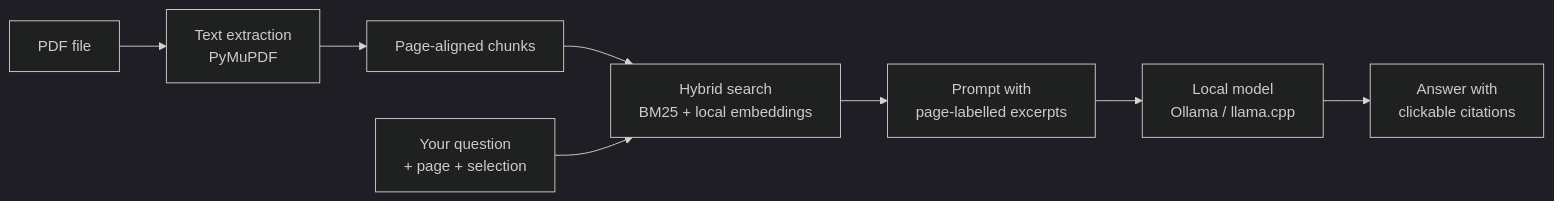
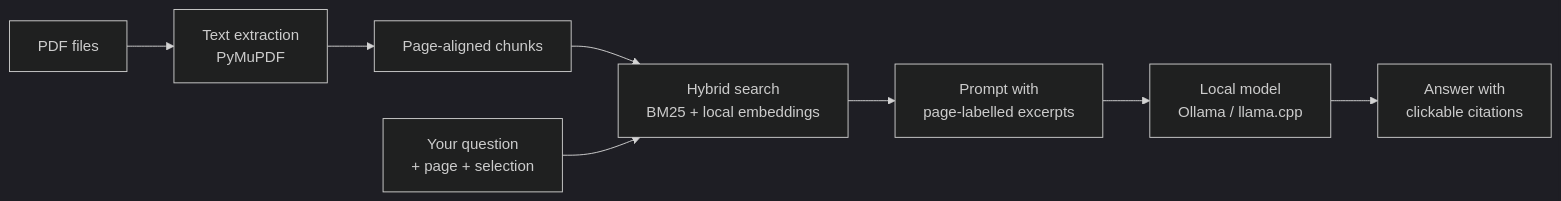
Before and after one commit to ag-piyush/pagelight: the diagram in README.md, drawn with Mermaid (dark theme). The commit also changed other lines of this file and 14 other files, not shown here.

````diff
--- a/README.md
+++ b/README.md
@@ -177,10 +194,10 @@
 ```mermaid
 flowchart LR
-    PDF[PDF file] --> X[Text extraction<br/>PyMuPDF]
+    PDF[PDF files] --> X[Text extraction<br/>PyMuPDF]
     X --> C[Page-aligned chunks]
     C --> S[Hybrid search<br/>BM25 + local embeddings]
     Q[Your question<br/>+ page + selection] --> S
     S --> P[Prompt with<br/>page-labelled excerpts]
     P --> M[Local model<br/>Ollama / llama.cpp]
     M --> R[Answer with<br/>clickable citations]
 ```
````
